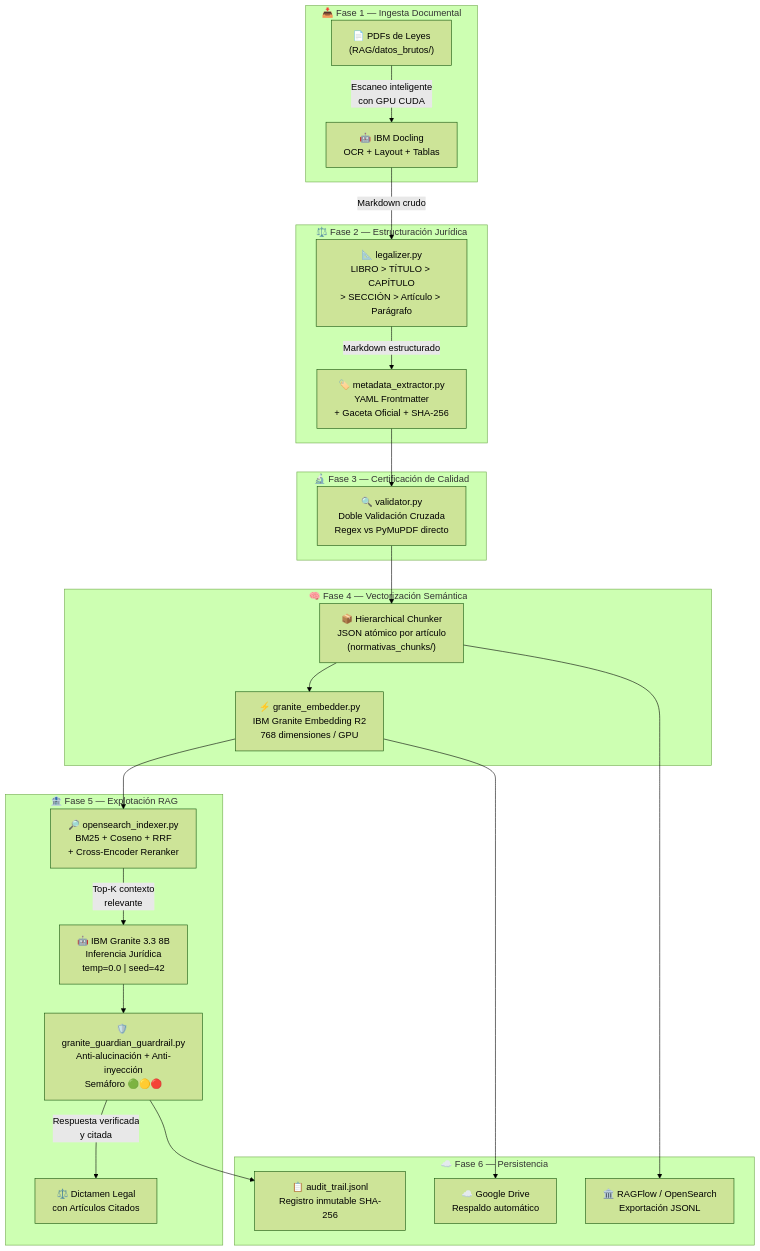
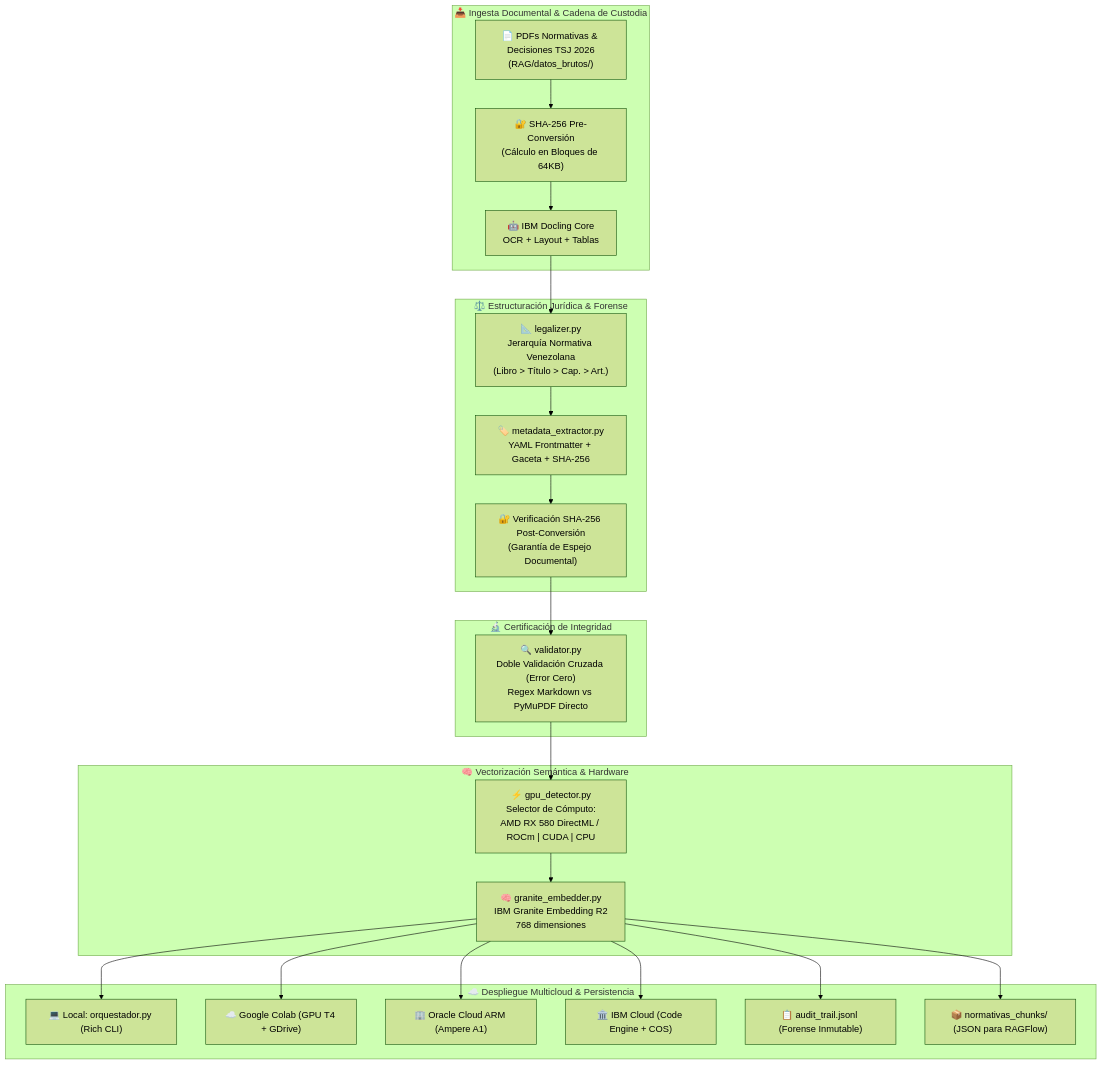
Before and after one commit to julljoll/JullBrain: the diagram in README.md, drawn with Mermaid (forest theme). The commit also changed other lines of this file, not shown here.

Commit message:
docs: actualizar README.md con arquitectura V3.0 (Python nativo, multicloud, aceleracion GPU y sentencias TSJ 2026)

````diff
--- a/README.md
+++ b/README.md
@@ -106,52 +118,49 @@
 ```mermaid
 flowchart TB
-    subgraph INGESTA["📥 Fase 1 — Ingesta Documental"]
-        PDF["📄 PDFs de Leyes\n(RAG/datos_brutos/)"]
-        DOC["🤖 IBM Docling\nOCR + Layout + Tablas"]
-        PDF -->|"Escaneo inteligente\ncon GPU CUDA"| DOC
+    subgraph INPUT["📥 Ingesta Documental & Cadena de Custodia"]
+        PDF["📄 PDFs Normativas & Decisiones TSJ 2026\n(RAG/datos_brutos/)"]
+        HASH_PRE["🔐 SHA-256 Pre-Conversión\n(Cálculo en Bloques de 64KB)"]
+        DOC["🤖 IBM Docling Core\nOCR + Layout + Tablas"]
+        PDF --> HASH_PRE --> DOC
     end
 
-    subgraph LEGAL["⚖️ Fase 2 — Estructuración Jurídica"]
-        LEG["📐 legalizer.py\nLIBRO > TÍTULO > CAPÍTULO\n> SECCIÓN > Artículo > Parágrafo"]
-        META["🏷️ metadata_extractor.py\nYAML Frontmatter\n+ Gaceta Oficial + SHA-256"]
-        DOC -->|"Markdown crudo"| LEG
-        LEG -->|"Markdown estructurado"| META
+    subgraph STRUCT["⚖️ Estructuración Jurídica & Forense"]
+        LEG["📐 legalizer.py\nJerarquía Normativa Venezolana\n(Libro > Título > Cap. > Art.)"]
+        META["🏷️ metadata_extractor.py\nYAML Frontmatter + Gaceta + SHA-256"]
+        HASH_POST["🔐 Verificación SHA-256 Post-Conversión\n(Garantía de Espejo Documental)"]
+        DOC --> LEG --> META --> HASH_POST
     end
 
-    subgraph QA["🔬 Fase 3 — Certificación de Calidad"]
-        VAL["🔍 validator.py\nDoble Validación Cruzada\nRegex vs PyMuPDF directo"]
-        META --> VAL
+    subgraph QA["🔬 Certificación de Integridad"]
+        VAL["🔍 validator.py\nDoble Validación Cruzada (Error Cero)\nRegex Markdown vs PyMuPDF Directo"]
+        HASH_POST --> VAL
     end
 
-    subgraph VECTOR["🧠 Fase 4 — Vectorización Semántica"]
-        CHUNK["📦 Hierarchical Chunker\nJSON atómico por artículo\n(normativas_chunks/)"]
-        EMB["⚡ granite_embedder.py\nIBM Granite Embedding R2\n768 dimensiones / GPU"]
-        VAL --> CHUNK --> EMB
+    subgraph VECTOR["🧠 Vectorización Semántica & Hardware"]
+        HW["⚡ gpu_detector.py\nSelector de Cómputo:\nAMD RX 580 DirectML / ROCm | CUDA | CPU"]
+        EMB["🧠 granite_embedder.py\nIBM Granite Embedding R2\n768 dimensiones"]
+        VAL --> HW --> EMB
     end
 
-    subgraph RAG["🏦 Fase 5 — Explotación RAG"]
-        IDX["🔎 opensearch_indexer.py\nBM25 + Coseno + RRF\n+ Cross-Encoder Reranker"]
-        GUARD["🛡️ granite_guardian_guardrail.py\nAnti-alucinación + Anti-inyección\nSemáforo 🟢🟡🔴"]
-        LLM["🤖 IBM Granite 3.3 8B\nInferencia Jurídica\ntemp=0.0 | seed=42"]
-        EMB --> IDX
-        IDX -->|"Top-K contexto\nrelevante"| LLM
-        LLM --> GUARD
-        GUARD -->|"Respuesta verificada\ny citada"| RESP["⚖️ Dictamen Legal\ncon Artículos Citados"]
-    end
-
-    subgraph PERSIST["☁️ Fase 6 — Persistencia"]
-        DRIVE["☁️ Google Drive\nRespaldo automático"]
-        RAGFLOW["🏛️ RAGFlow / OpenSearch\nExportación JSONL"]
-        AUDIT["📋 audit_trail.jsonl\nRegistro inmutable SHA-256"]
-        EMB --> DRIVE
-        CHUNK --> RAGFLOW
-        GUARD --> AUDIT
+    subgraph CLOUD["☁️ Despliegue Multicloud & Persistencia"]
+        LOCAL["💻 Local: orquestador.py (Rich CLI)"]
+        COLAB["☁️ Google Colab (GPU T4 + GDrive)"]
+        ORACLE["🏢 Oracle Cloud ARM (Ampere A1)"]
+        IBM["🏛️ IBM Cloud (Code Engine + COS)"]
+        AUDIT["📋 audit_trail.jsonl (Forense Inmutable)"]
+        RAGFLOW["📦 normativas_chunks/ (JSON para RAGFlow)"]
+        
+        EMB --> LOCAL
+        EMB --> COLAB
+        EMB --> ORACLE
+        EMB --> IBM
+        EMB --> AUDIT
+        EMB --> RAGFLOW
     end
 
     classDef phase1 fill:#0d1117,stroke:#58a6ff,color:#f0f6fc
     classDef phase2 fill:#0d1117,stroke:#f2cc60,color:#f0f6fc
     classDef phase3 fill:#0d1117,stroke:#ff6b6b,color:#f0f6fc
     classDef phase4 fill:#0d1117,stroke:#7b3fe4,color:#f0f6fc
     classDef phase5 fill:#0d1117,stroke:#00ff41,color:#f0f6fc
-    classDef phase6 fill:#0d1117,stroke:#8b949e,color:#f0f6fc
 ```
````
